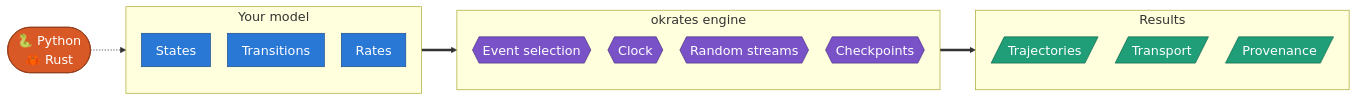
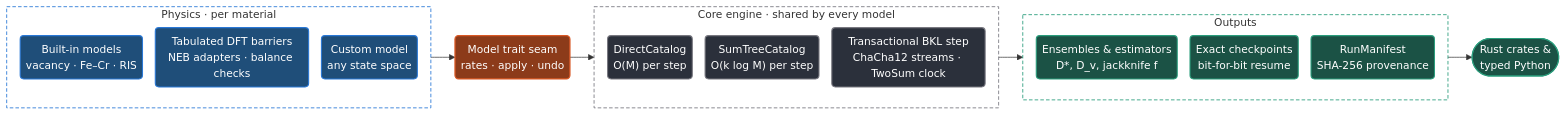
One commit to vzordillo/okrates changed the first of 2 diagrams in README.md. Above: the diagram before and after it, drawn with Mermaid. The commit also changed other lines of this file, not shown here.

Commit message:
README: keep the #13 diagrams, laid out left to right with shorter labels

````diff
--- a/README.md
+++ b/README.md
@@ -39,33 +39,36 @@
 ```mermaid
-%%{init: {"themeVariables": {"fontSize": "18px"}, "flowchart": {"nodeSpacing": 24, "rankSpacing": 50, "padding": 10}}}%%
+%%{init: {"flowchart": {"nodeSpacing": 18, "rankSpacing": 34, "padding": 8, "curve": "basis"}, "themeVariables": {"fontSize": "15px"}}}%%
 flowchart LR
-    lang(["🐍 Python<br>🦀 Rust"])
-    subgraph model["Your model"]
+    subgraph phys["Physics · per material"]
         direction TB
-        states["States"]
-        moves["Transitions"]
-        rates["Rates"]
+        builtin("Built-in models<br/>vacancy · Fe–Cr · RIS")
+        tables("Tabulated DFT barriers<br/>NEB adapters · balance checks")
+        custom("Custom model<br/>any state space")
     end
-    subgraph engine["okrates engine"]
+    seam("Model trait seam<br/>rates · apply · undo")
+    subgraph core["Core engine · shared by every model"]
         direction TB
-        pick{{"Event selection"}}
-        clock{{"Clock"}}
-        rng{{"Random streams"}}
-        ckpt{{"Checkpoints"}}
+        direct("DirectCatalog<br/>O(M) per step")
+        sumtree("SumTreeCatalog<br/>O(k log M) per step")
+        engine("Transactional BKL step<br/>ChaCha12 streams · TwoSum clock")
     end
-    subgraph out["Results"]
+    subgraph out["Outputs"]
         direction TB
-        traj[/"Trajectories"/]
-        transport[/"Transport"/]
-        prov[/"Provenance"/]
+        ens("Ensembles & estimators<br/>D*, D_v, jackknife f")
+        ckpt("Exact checkpoints<br/>bit-for-bit resume")
+        prov("RunManifest<br/>SHA-256 provenance")
     end
-    lang -.-> model ==> engine ==> out
-    classDef lang fill:#d95926,stroke:#8f3a18,color:#ffffff
-    classDef model fill:#2a78d6,stroke:#1b4f8f,color:#ffffff
-    classDef engine fill:#7a52c7,stroke:#4d3285,color:#ffffff
-    classDef result fill:#1f9e78,stroke:#13664d,color:#ffffff
-    class lang lang
-    class states,moves,rates model
-    class pick,clock,rng,ckpt engine
-    class traj,transport,prov result
+    api(["Rust crates &<br/>typed Python"])
+    phys --> seam --> core --> out --> api
+    classDef physNode fill:#1f4e79,stroke:#2a78d6,stroke-width:1.5px,color:#ffffff
+    classDef seamNode fill:#8c3b1a,stroke:#d95926,stroke-width:1.8px,color:#ffffff
+    classDef coreNode fill:#2b303b,stroke:#787880,stroke-width:1.5px,color:#ffffff
+    classDef outNode fill:#1b5245,stroke:#2a9d7c,stroke-width:1.5px,color:#ffffff
+    class builtin,tables,custom physNode
+    class seam seamNode
+    class direct,sumtree,engine coreNode
+    class ens,ckpt,prov,api outNode
+    style phys fill:none,stroke:#2a78d6,stroke-width:1.2px,stroke-dasharray: 5 3
+    style core fill:none,stroke:#787880,stroke-width:1.2px,stroke-dasharray: 5 3
+    style out fill:none,stroke:#2a9d7c,stroke-width:1.2px,stroke-dasharray: 5 3
 ```
````
